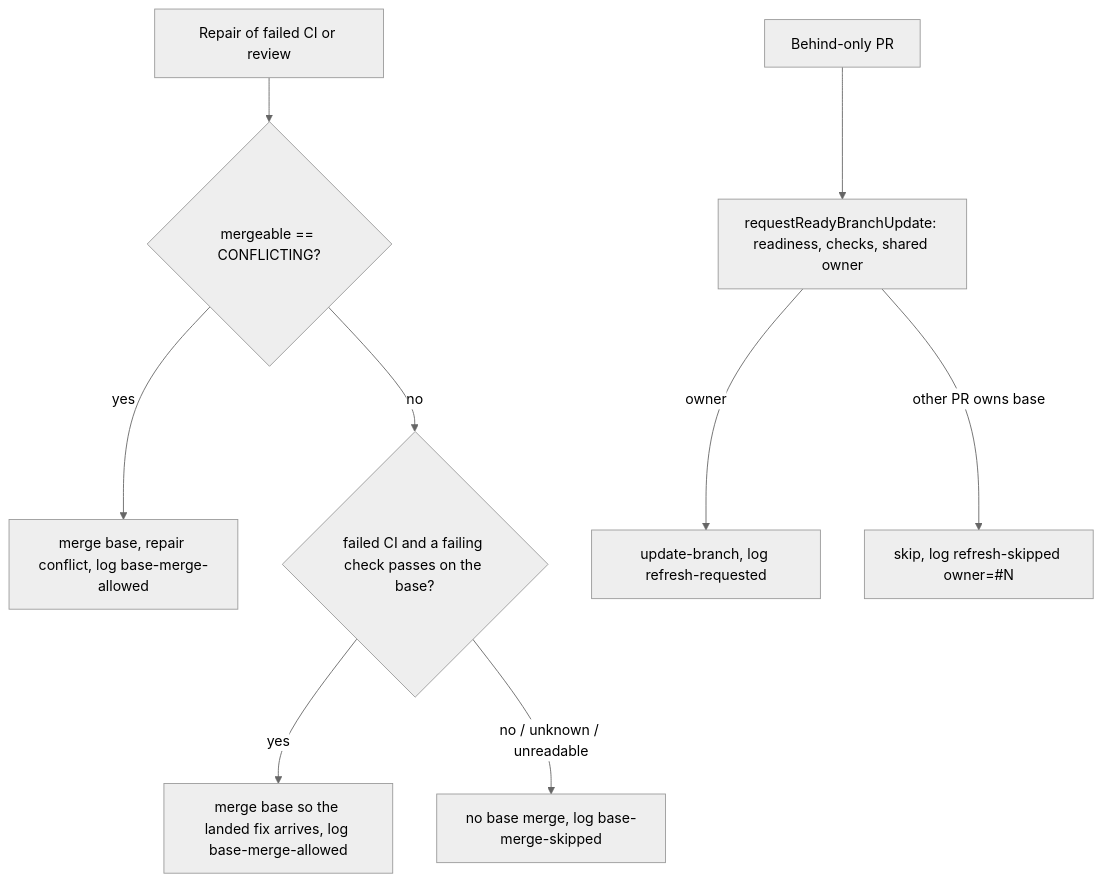
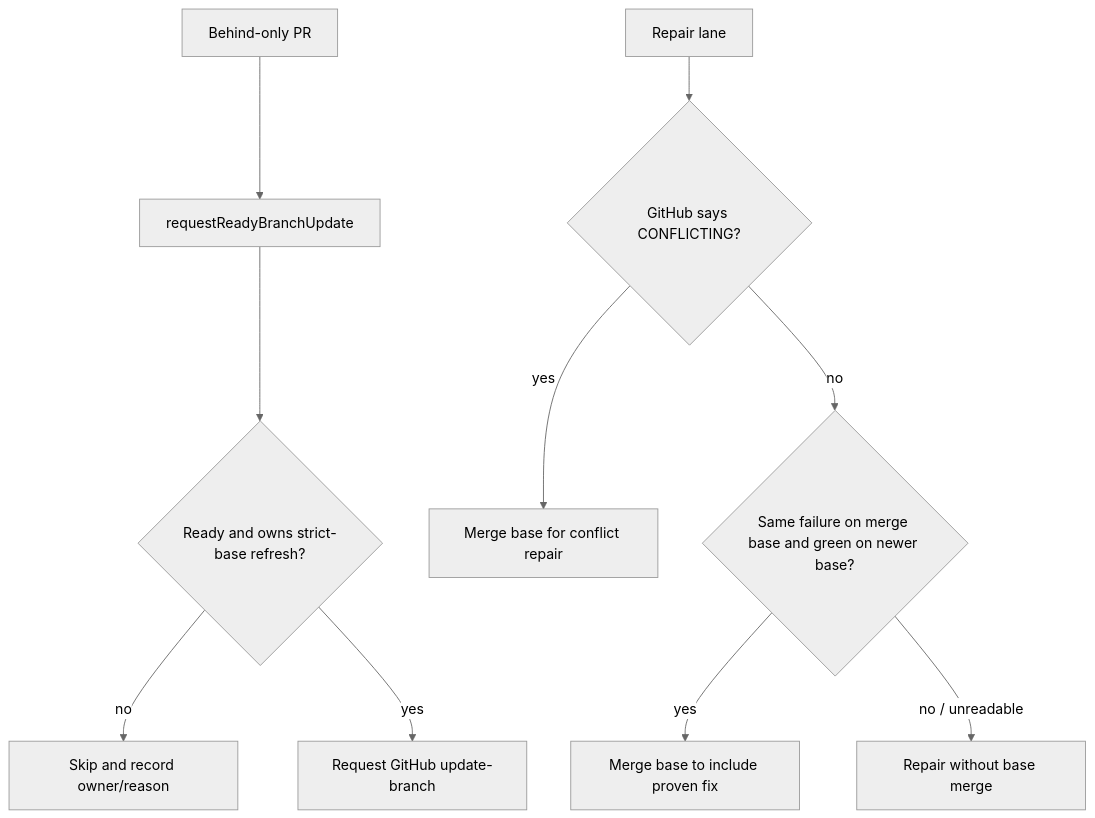
One commit to stSoftwareAU/VibeCoder changed the diagram in docs/archive/pr-summaries/pr-summary-4943.md. Above: the diagram before and after it, drawn with Mermaid (neutral theme). The commit also changed other lines of this file, not shown here.

First line of the commit message:
Record Issue #4943 implementation and validation limits

````diff
--- a/docs/archive/pr-summaries/pr-summary-4943.md
+++ b/docs/archive/pr-summaries/pr-summary-4943.md
@@ -103,11 +40,12 @@
 ```mermaid
 flowchart TD
-    R[Repair of failed CI or review] --> M{mergeable == CONFLICTING?}
-    M -- yes --> C[merge base, repair conflict, log base-merge-allowed]
-    M -- no --> G{failed CI and a failing check passes on the base?}
-    G -- yes --> F[merge base so the landed fix arrives, log base-merge-allowed]
-    G -- no / unknown / unreadable --> S[no base merge, log base-merge-skipped]
-    B[Behind-only PR] --> O[requestReadyBranchUpdate: readiness, checks, shared owner]
-    O -- owner --> U[update-branch, log refresh-requested]
-    O -- other PR owns base --> K[skip, log refresh-skipped owner=#N]
+    A[Behind-only PR] --> B[requestReadyBranchUpdate]
+    B --> C{Ready and owns strict-base refresh?}
+    C -- no --> D[Skip and record owner/reason]
+    C -- yes --> E[Request GitHub update-branch]
+    F[Repair lane] --> G{GitHub says CONFLICTING?}
+    G -- yes --> H[Merge base for conflict repair]
+    G -- no --> I{Same failure on merge base and green on newer base?}
+    I -- yes --> J[Merge base to include proven fix]
+    I -- no / unreadable --> K[Repair without base merge]
 ```
````
